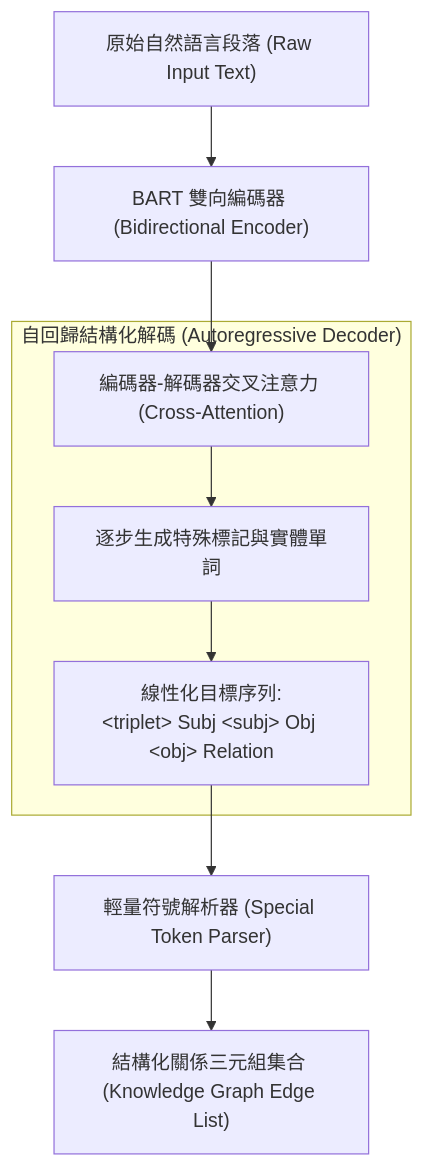
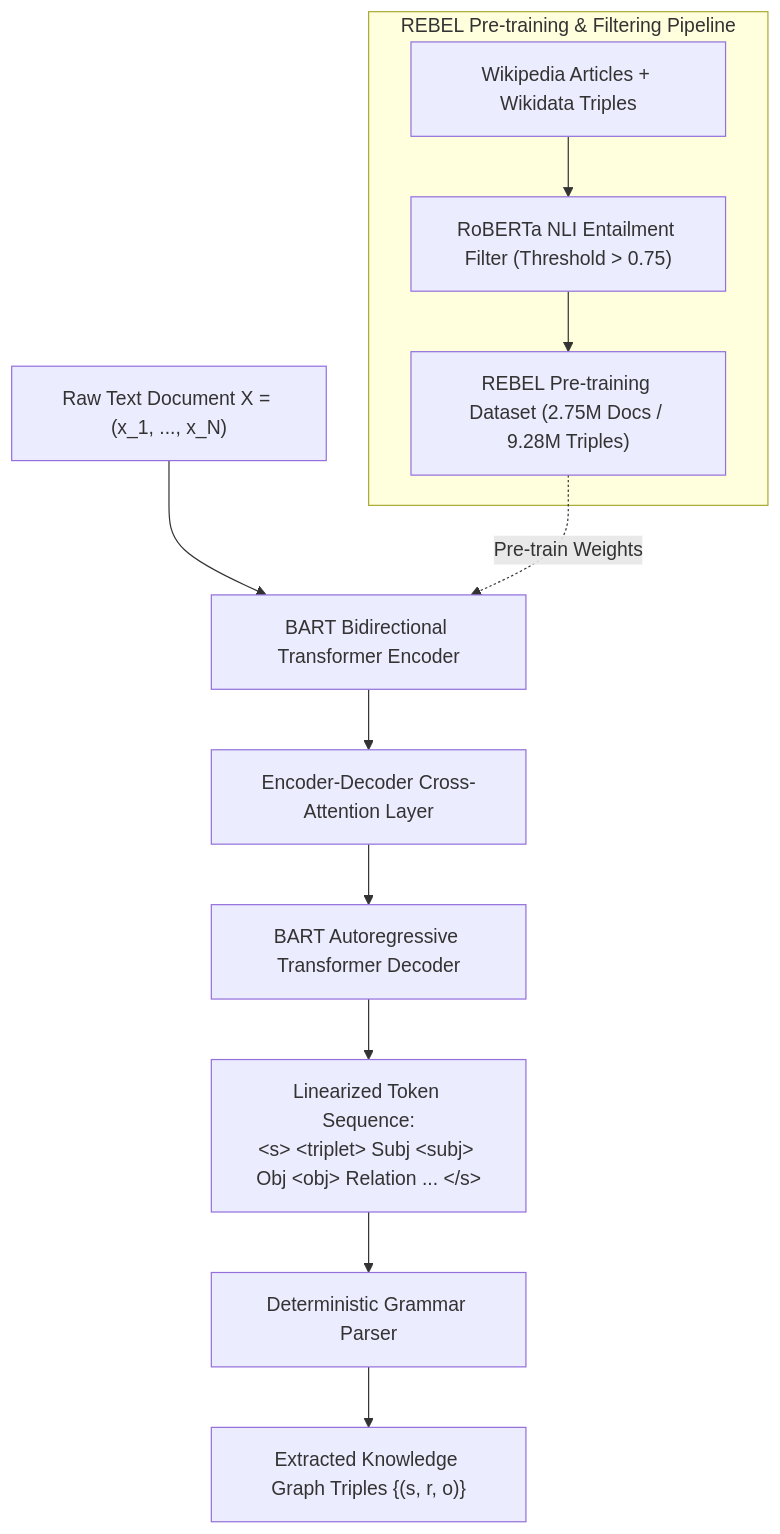
Before and after one commit to Cycl0n3-ga/RAG-survey: the diagram in 03 - 論文庫 (Literature Notes)/04 - Knowledge & Graph RAG/(EMNLP 2021-11) REBEL - Relation Extraction By End-to-end Language generation.md, drawn with Mermaid. The commit also changed other lines of this file and 12 other files, not shown here.

````diff
--- a/03 - 論文庫 (Literature Notes)/04 - Knowledge & Graph RAG/(EMNLP 2021-11) REBEL - Relation Extraction By End-to-end Language generation.md
+++ b/03 - 論文庫 (Literature Notes)/04 - Knowledge & Graph RAG/(EMNLP 2021-11) REBEL - Relation Extraction By End-to-end Language generation.md
@@ -101,13 +115,19 @@
 ```mermaid
 flowchart TD
-    RawText["原始自然語言段落 (Raw Input Text)"] --> BART_Enc["BART 雙向編碼器 (Bidirectional Encoder)"]
-    BART_Enc --> CrossAttn["編碼器-解碼器交叉注意力 (Cross-Attention)"]
+    RawDoc["Raw Text Document X = (x_1, ..., x_N)"] --> BART_Enc["BART Bidirectional Transformer Encoder"]
     
-    subgraph rebel_gen["自回歸結構化解碼 (Autoregressive Decoder)"]
-        CrossAttn --> GenToken["逐步生成特殊標記與實體單詞"]
-        GenToken --> TripletSeq["線性化目標序列:<br/>&lt;triplet&gt; Subj &lt;subj&gt; Obj &lt;obj&gt; Relation"]
+    subgraph pretraining["REBEL Pre-training & Filtering Pipeline"]
+        WikiWiki["Wikipedia Articles + Wikidata Triples"] --> RoBERTa_NLI["RoBERTa NLI Entailment Filter (Threshold > 0.75)"]
+        RoBERTa_NLI --> SilverREBEL["REBEL Pre-training Dataset (2.75M Docs / 9.28M Triples)"]
     end
     
-    TripletSeq --> Parser["輕量符號解析器 (Special Token Parser)"]
-    Parser --> TripletSet["結構化關係三元組集合 (Knowledge Graph Edge List)"]
+    SilverREBEL -. "Pre-train Weights" .-> BART_Enc
+    
+    BART_Enc --> CrossAttn["Encoder-Decoder Cross-Attention Layer"]
+    CrossAttn --> BART_Dec["BART Autoregressive Transformer Decoder"]
+    
+    BART_Dec --> TokenSeq["Linearized Token Sequence:<br/>&lt;s&gt; &lt;triplet&gt; Subj &lt;subj&gt; Obj &lt;obj&gt; Relation ... &lt;/s&gt;"]
+    
+    TokenSeq --> LinearParser["Deterministic Grammar Parser"]
+    LinearParser --> FinalTriples["Extracted Knowledge Graph Triples {(s, r, o)}"]
 ```
````
